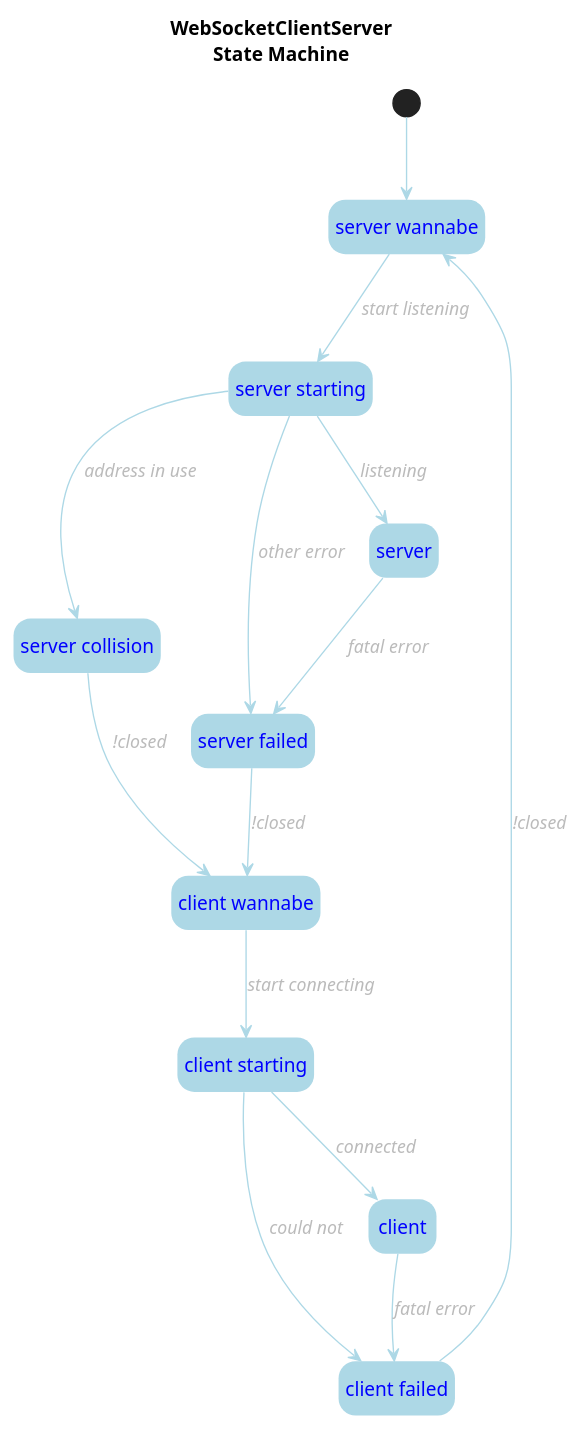
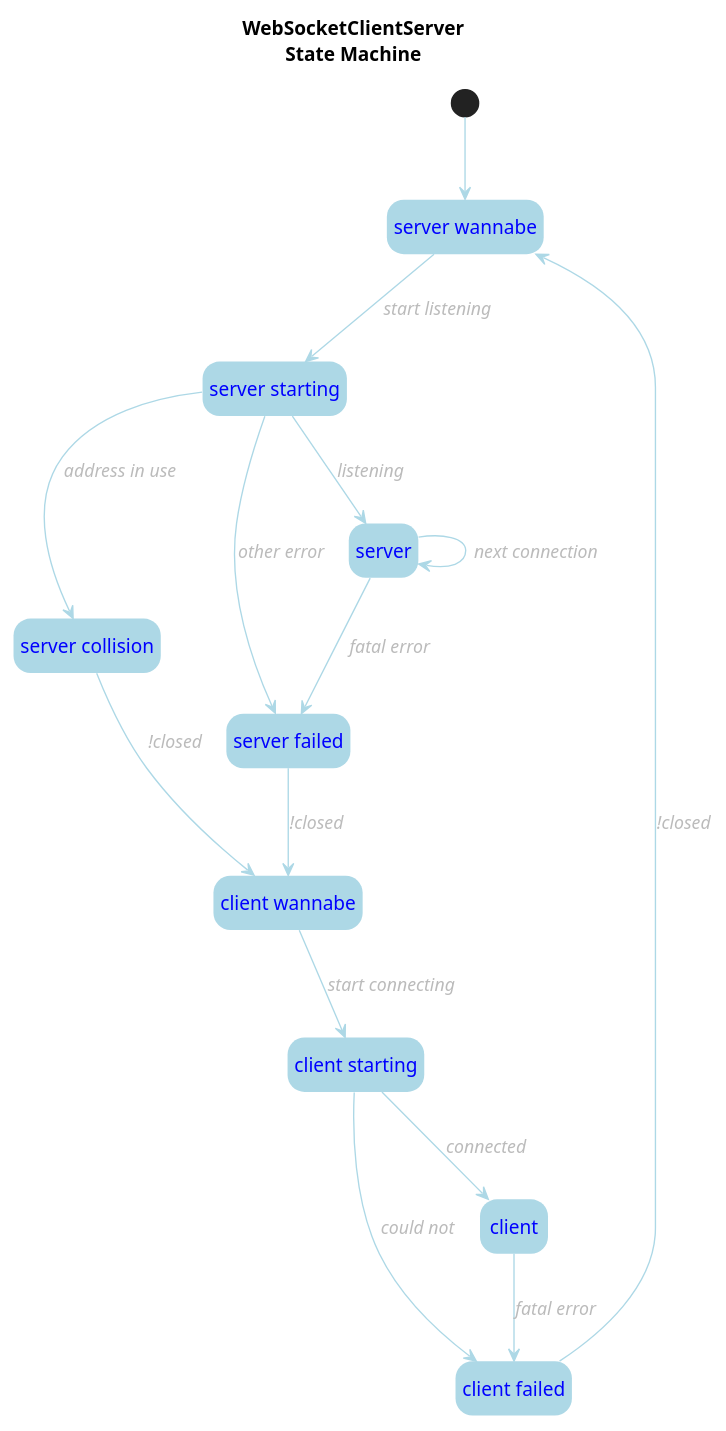
Before and after one commit to hugojosefson/deno-websocket-broadcastchannel: the diagram in src/client-server-state.puml, drawn with PlantUML. The commit also changed 3 other files, not shown here.

```diff
--- a/src/client-server-state.puml
+++ b/src/client-server-state.puml
@@ -1,30 +1,31 @@
 @startuml
 hide empty description
 skinparam ArrowFontColor #bbb
 skinparam ArrowFontStyle italic
 skinparam ArrowColor lightblue
 skinparam StateFontColor blue
 skinparam StateBackgroundColor lightblue
 skinparam StateBorderColor none
 title "WebSocketClientServer\nState Machine"
 state "server wannabe" as server_wannabe
 state "server starting" as server_starting
 state "server collision" as server_collision
 state "server failed" as server_failed
 state "client wannabe" as client_wannabe
 state "client starting" as client_starting
 state "client failed" as client_failed
 [*] --> server_wannabe
 server_wannabe --> server_starting: start listening
 server_starting --> server_collision: address in use
 server_starting --> server: listening
 server_starting --> server_failed: other error
+server --> server: next connection
+server --> server_failed: fatal error
 server_collision --> client_wannabe: !closed
-server --> server_failed: fatal error
 server_failed --> client_wannabe: !closed
 client_wannabe --> client_starting: start connecting
 client_starting --> client: connected
 client_starting --> client_failed: could not
 client --> client_failed: fatal error
 client_failed --> server_wannabe: !closed
 @enduml
```
